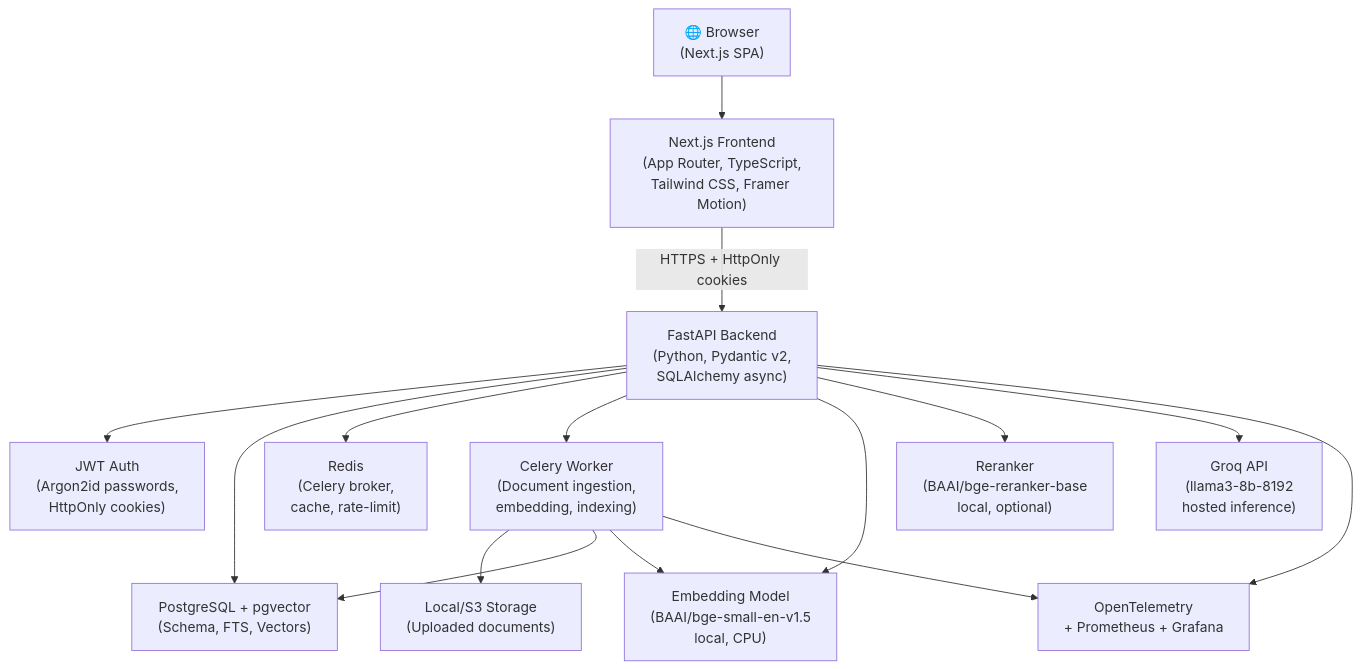
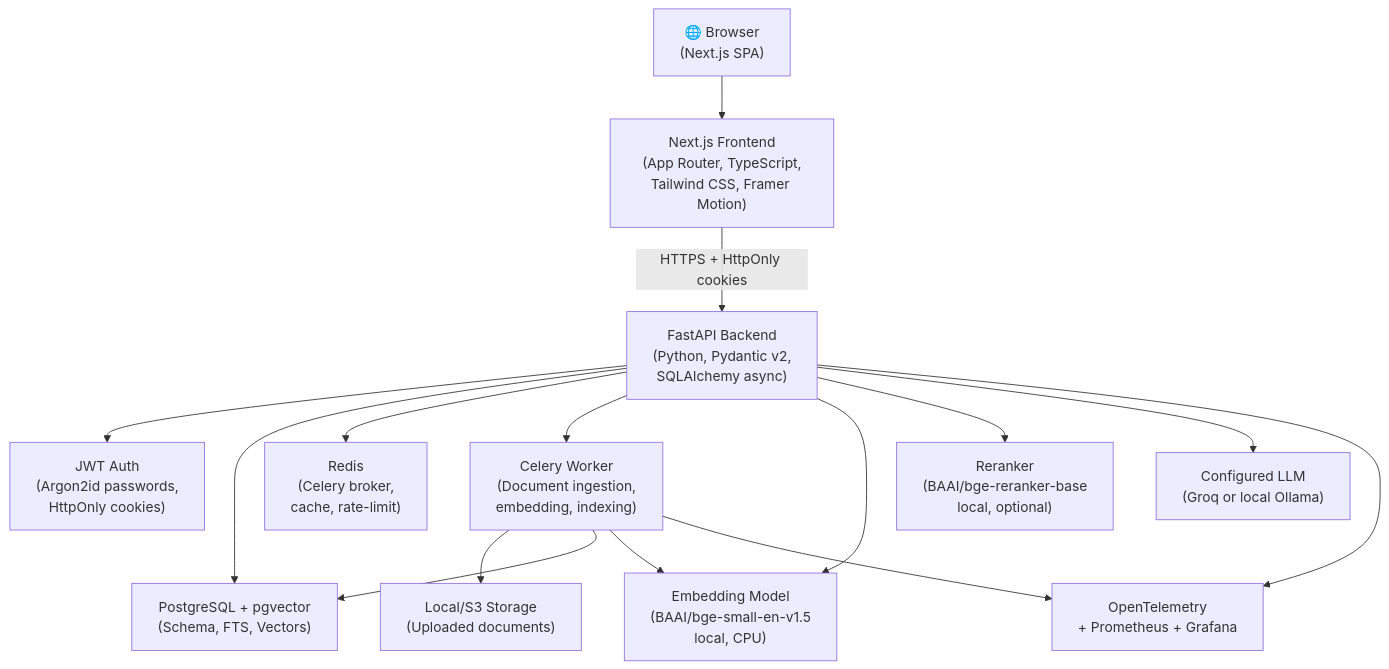
The diagram in docs/architecture/system-overview.md (Abdulhaq6920/FIKRA-AI), drawn with Mermaid before and after one commit. The commit also changed other lines of this file and 41 other files, not shown here.

````diff
--- a/docs/architecture/system-overview.md
+++ b/docs/architecture/system-overview.md
@@ -11,30 +11,30 @@
 ```mermaid
 graph TB
     Browser["🌐 Browser\n(Next.js SPA)"]
     Frontend["Next.js Frontend\n(App Router, TypeScript,\nTailwind CSS, Framer Motion)"]
     Backend["FastAPI Backend\n(Python, Pydantic v2,\nSQLAlchemy async)"]
     Auth["JWT Auth\n(Argon2id passwords,\nHttpOnly cookies)"]
     DB["PostgreSQL + pgvector\n(Schema, FTS, Vectors)"]
     Redis["Redis\n(Celery broker,\ncache, rate-limit)"]
     Worker["Celery Worker\n(Document ingestion,\nembedding, indexing)"]
     Storage["Local/S3 Storage\n(Uploaded documents)"]
     Embed["Embedding Model\n(BAAI/bge-small-en-v1.5\nlocal, CPU)"]
     Rerank["Reranker\n(BAAI/bge-reranker-base\nlocal, optional)"]
-    Groq["Groq API\n(llama3-8b-8192\nhosted inference)"]
+    LLM["Configured LLM\n(Groq or local Ollama)"]
     Otel["OpenTelemetry\n+ Prometheus + Grafana"]
 
     Browser --> Frontend
     Frontend -->|HTTPS + HttpOnly cookies| Backend
     Backend --> Auth
     Backend --> DB
     Backend --> Redis
     Backend --> Worker
     Backend --> Embed
     Backend --> Rerank
-    Backend --> Groq
+    Backend --> LLM
     Worker --> Storage
     Worker --> DB
     Worker --> Embed
     Backend --> Otel
     Worker --> Otel
 ```
````
